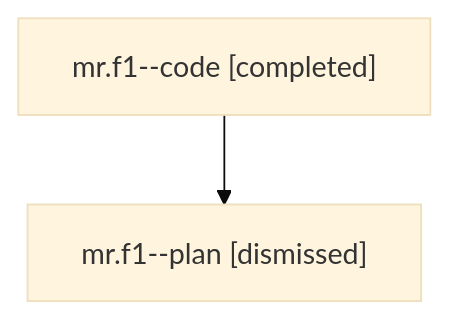
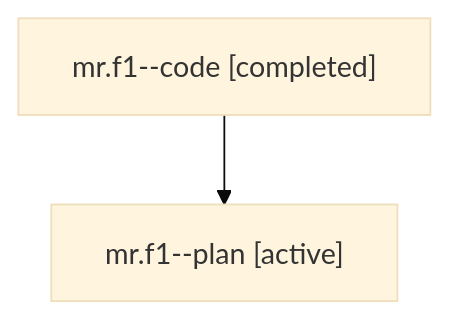
Before and after one commit to sase-org/sase--agents: the diagram in families/bbugyi200.athena.mr.f1.md, drawn with Mermaid (base theme). The commit also changed other lines of this file and 5813 other files, not shown here.

````diff
--- a/families/bbugyi200.athena.mr.f1.md
+++ b/families/bbugyi200.athena.mr.f1.md
@@ -9,6 +9,6 @@
 ```mermaid
 flowchart TD
   n0["mr.f1--code [completed]"]
-  n1["mr.f1--plan [dismissed]"]
+  n1["mr.f1--plan [active]"]
   n0 --> n1
 ```
````
